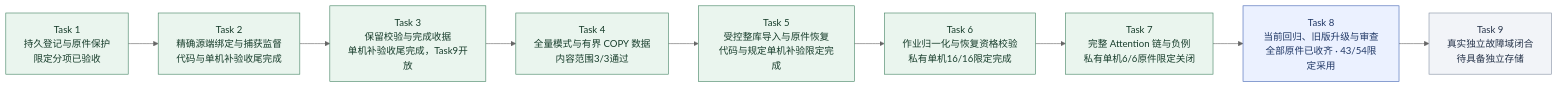
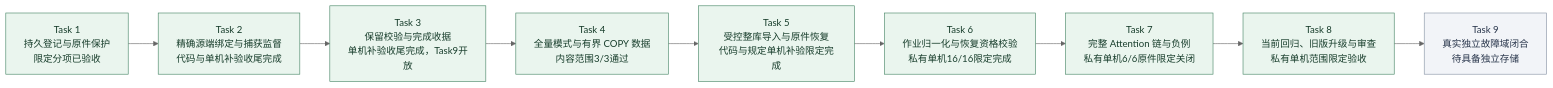
The second of 9 diagrams in docs/KnowWeave实施路线与系统架构.md (MansurnamedZhang/learning-system-p0c4), drawn with Mermaid (neutral theme) before and after one commit. The commit also changed other lines of this file and 18 other files, not shown here.

````diff
--- a/docs/KnowWeave实施路线与系统架构.md
+++ b/docs/KnowWeave实施路线与系统架构.md
@@ -80,26 +80,25 @@
 ```mermaid
 flowchart LR
     C4T1["Task 1<br/>持久登记与原件保护<br/>限定分项已验收"]
     C4T2["Task 2<br/>精确源端绑定与捕获监督<br/>代码与单机补验收尾完成"]
     C4T3["Task 3<br/>保留校验与完成收据<br/>单机补验收尾完成，Task9开放"]
     C4T4["Task 4<br/>全量模式与有界 COPY 数据<br/>内容范围3/3通过"]
     C4T5["Task 5<br/>受控整库导入与原件恢复<br/>代码与规定单机补验限定完成"]
     C4T6["Task 6<br/>作业归一化与恢复资格校验<br/>私有单机16/16限定完成"]
     C4T7["Task 7<br/>完整 Attention 链与负例<br/>私有单机6/6原件限定关闭"]
-    C4T8["Task 8<br/>当前回归、旧版升级与审查<br/>全部原件已收齐 · 43/54限定采用"]
+    C4T8["Task 8<br/>当前回归、旧版升级与审查<br/>私有单机范围限定验收"]
     C4T9["Task 9<br/>真实独立故障域闭合<br/>待具备独立存储"]
     C4T1 --> C4T2
     C4T2 --> C4T3
     C4T3 --> C4T4
     C4T4 --> C4T5
     C4T5 --> C4T6
     C4T6 --> C4T7
     C4T7 --> C4T8
     C4T8 --> C4T9
-    class C4T1,C4T2,C4T3,C4T4,C4T5,C4T6,C4T7 done
-    class C4T8 next
+    class C4T1,C4T2,C4T3,C4T4,C4T5,C4T6,C4T7,C4T8 done
     class C4T9 planned
     classDef done fill:#eaf5ee,stroke:#438363,color:#173d2b
     classDef next fill:#ebf1ff,stroke:#4365b4,color:#203866
     classDef planned fill:#f2f4f8,stroke:#8591a3,color:#28354b
 ```
````
